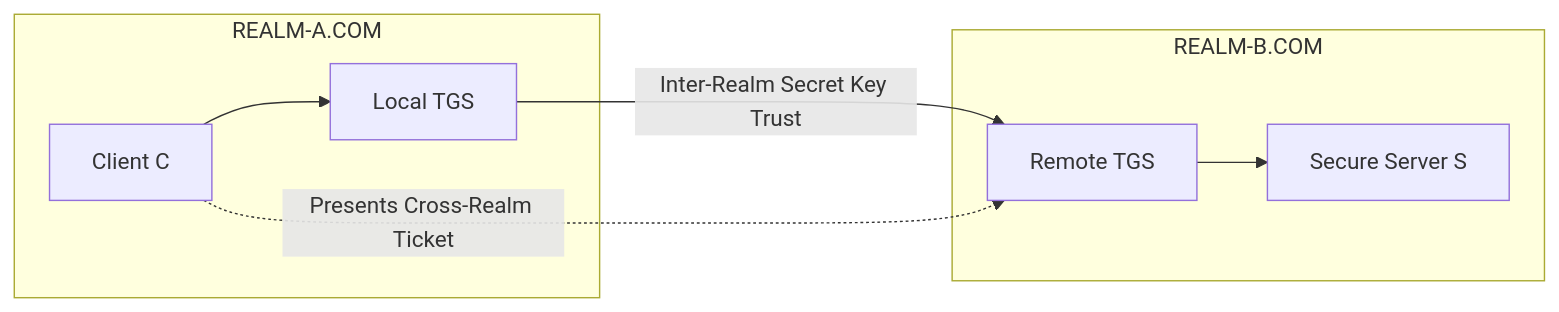
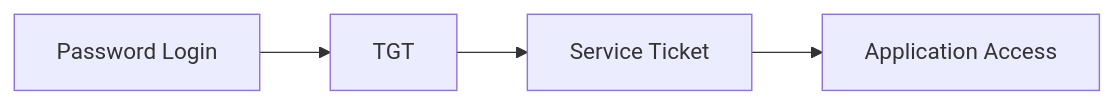
The third of 4 diagrams in 03-Academics/Network_Security/Kerberos.md (namaewafaisal/Obsidian_Vault), drawn with Mermaid before and after one commit. The commit also changed other lines of this file and 1 other file, not shown here.

````diff
--- a/03-Academics/Network_Security/Kerberos.md
+++ b/03-Academics/Network_Security/Kerberos.md
@@ -56,12 +285,6 @@
 ```mermaid
-graph LR
-    subgraph Realm A [REALM-A.COM]
-        ClientA[Client C] --> TGS_A[Local TGS]
-    end
-    subgraph Realm B [REALM-B.COM]
-        TGS_B[Remote TGS] --> TargetS[Secure Server S]
-    end
-    TGS_A -->|Inter-Realm Secret Key Trust| TGS_B
-    ClientA -.->|Presents Cross-Realm Ticket| TGS_B
-
+flowchart LR
+    A[Password Login] --> B[TGT]
+    B --> C[Service Ticket]
+    C --> D[Application Access]
 ```
````
